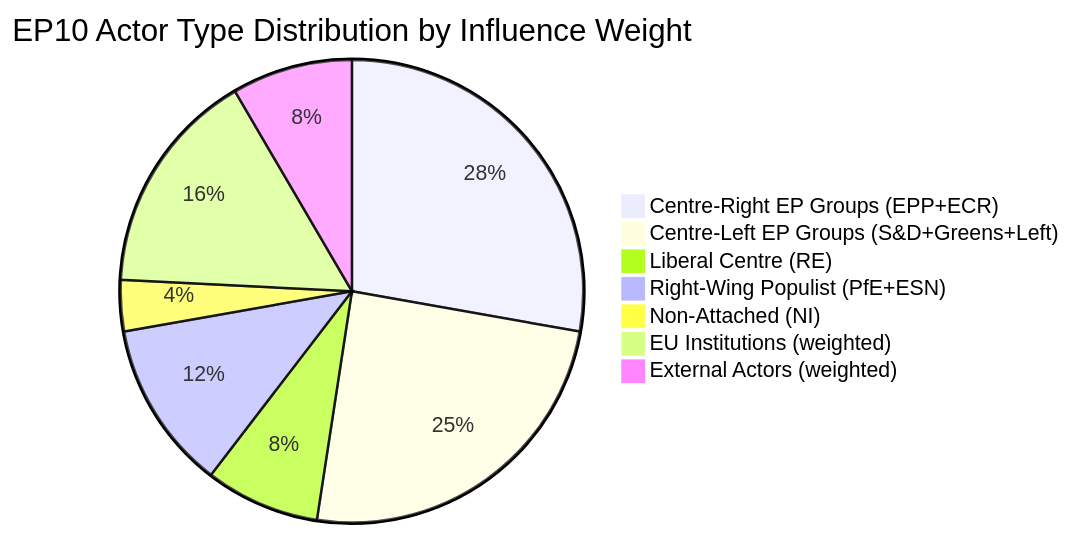
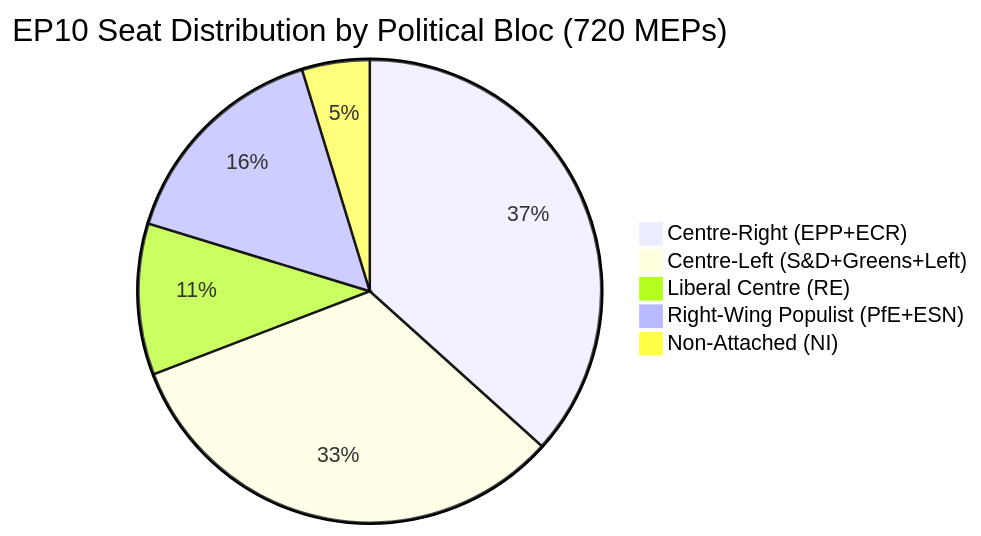
The fourth of 4 diagrams in analysis/2026-03-28/ai-actor-mapping.md (Hack23/euparliamentmonitor), drawn with Mermaid before and after one commit. The commit also changed other lines of this file and 3 other files, not shown here.

First line of the commit message:
fix: apply review round 4 — split pie chart, fix Event 7 heading, add MCP traceability, use placeholders in templates

````diff
--- a/analysis/2026-03-28/ai-actor-mapping.md
+++ b/analysis/2026-03-28/ai-actor-mapping.md
@@ -265,10 +265,8 @@
 ```mermaid
-pie title EP10 Actor Type Distribution by Influence Weight
-    "Centre-Right EP Groups (EPP+ECR)" : 264
-    "Centre-Left EP Groups (S&D+Greens+Left)" : 234
+pie title EP10 Seat Distribution by Political Bloc (720 MEPs)
+    "Centre-Right (EPP+ECR)" : 264
+    "Centre-Left (S&D+Greens+Left)" : 234
     "Liberal Centre (RE)" : 76
     "Right-Wing Populist (PfE+ESN)" : 112
     "Non-Attached (NI)" : 34
-    "EU Institutions (weighted)" : 150
-    "External Actors (weighted)" : 80
 ```
````
